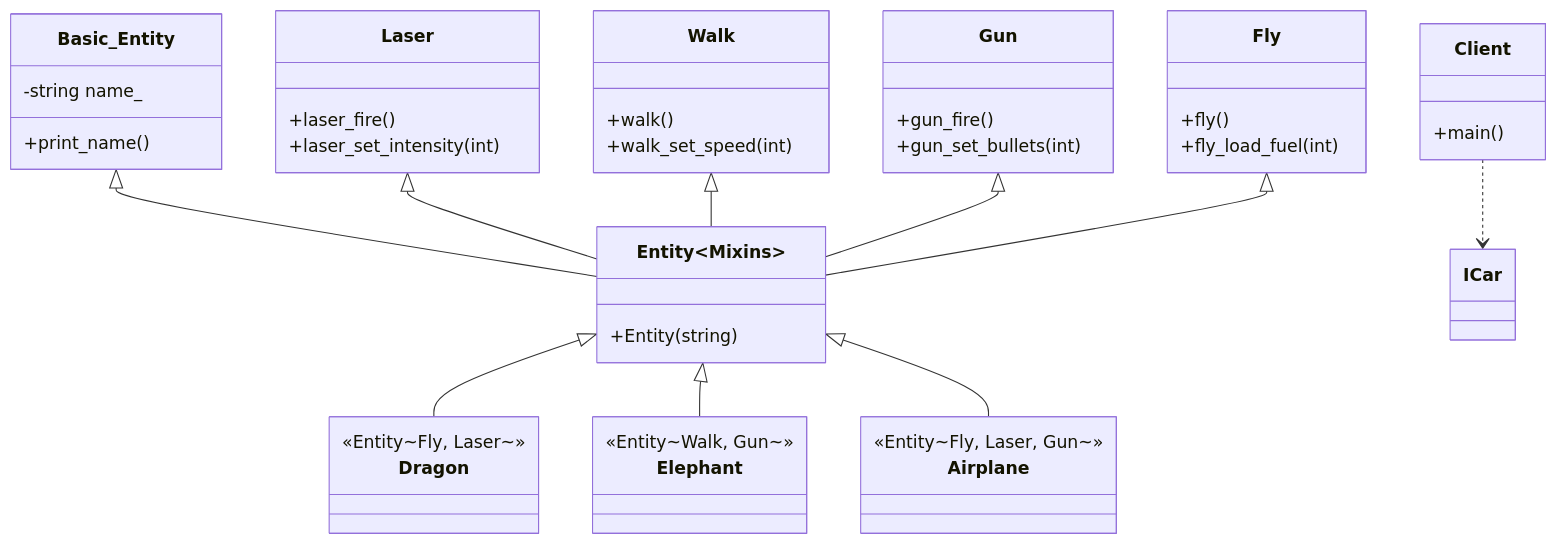
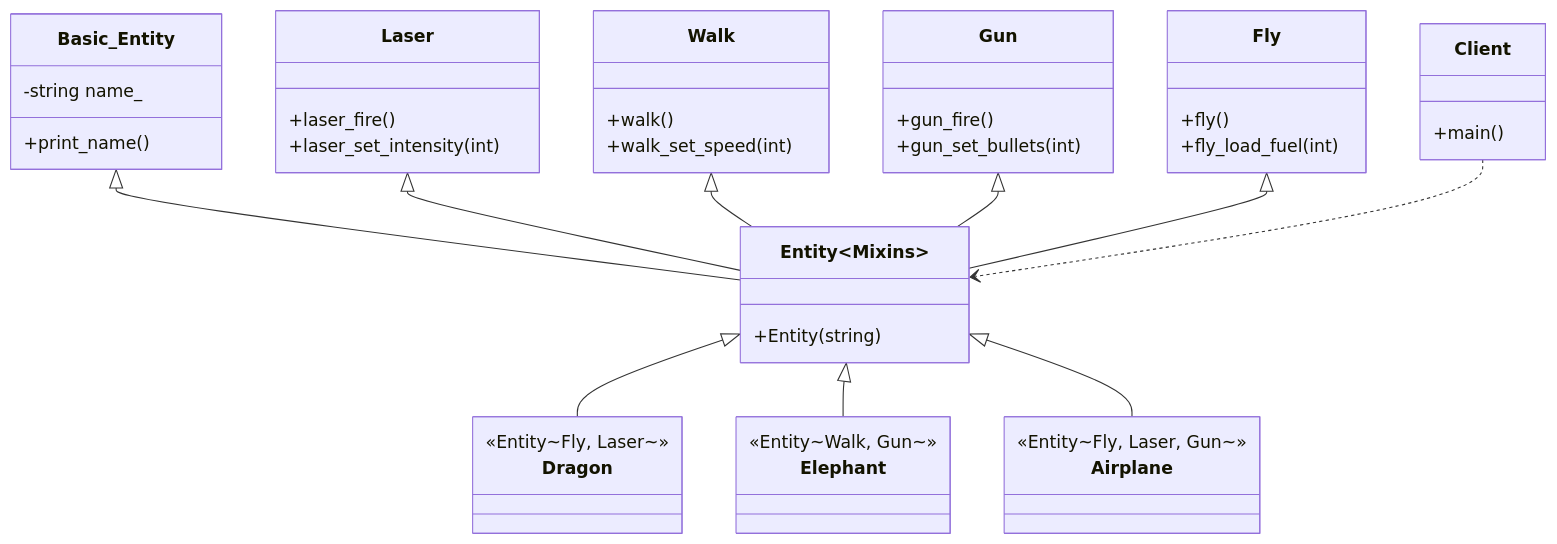
The diagram in 15_Mixin/01_Simple/diagram.md (Cichlidfishexigency721/Modern-CPP-Design-Patterns), drawn with Mermaid before and after one commit.

Commit message:
UML improvement

````diff
--- a/15_Mixin/01_Simple/diagram.md
+++ b/15_Mixin/01_Simple/diagram.md
@@ -3,56 +3,56 @@
 ```mermaid
 classDiagram
    class Basic_Entity {
       -string name_
       +print_name()
    }
 
    class Laser {
       +laser_fire()
       +laser_set_intensity(int)
    }
 
    class Walk {
       +walk()
       +walk_set_speed(int)
    }
 
    class Gun {
       +gun_fire()
       +gun_set_bullets(int)
    }
 
    class Fly {
       +fly()
       +fly_load_fuel(int)
    }
 
    class Entity~Mixins~ {
       +Entity(string)
    }
 
    class Client {
       +main()
    }
 
    %% Specific Entities defined by type aliases in the code
    class Dragon { <<Entity~Fly, Laser~>> }
    class Elephant { <<Entity~Walk, Gun~>> }
    class Airplane { <<Entity~Fly, Laser, Gun~>> }
 
    %% Multiple Inheritance (Horizontal Composition)
    %% Inheritance arrows do not use multiplicity numbers
    Basic_Entity <|-- Entity~Mixins~
    Laser <|-- Entity~Mixins~
    Walk <|-- Entity~Mixins~
    Gun <|-- Entity~Mixins~
    Fly <|-- Entity~Mixins~
 
    %% Relationships for specific types
    Entity~Mixins~ <|-- Dragon
    Entity~Mixins~ <|-- Elephant
    Entity~Mixins~ <|-- Airplane
 
    %% Dependency - No numbers
-   Client ..> ICar
+   Client ..> Entity~Mixins~
 ```
````
